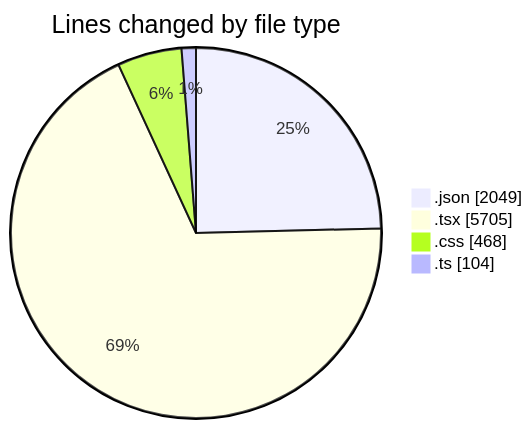
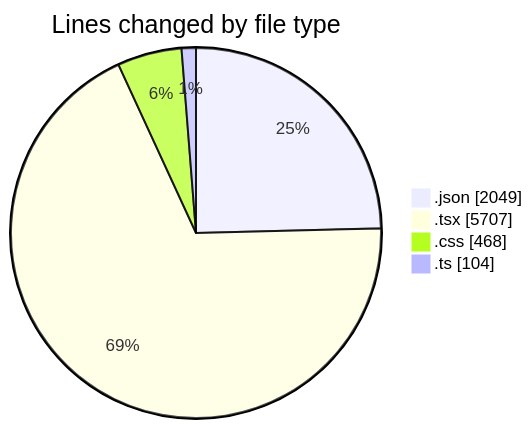
One commit to EIIisD/code-tracking changed the first of 2 diagrams in 2025-08-14/ribbon/README.md. Above: the diagram before and after it, drawn with Mermaid. The commit also changed other lines of this file and 1 other file, not shown here.

````diff
--- a/2025-08-14/ribbon/README.md
+++ b/2025-08-14/ribbon/README.md
@@ -29,8 +29,8 @@
 ```mermaid
 pie showData
 title Lines changed by file type
 ".json" : 2049
-".tsx" : 5705
+".tsx" : 5707
 ".css" : 468
 ".ts" : 104
 ```
````
